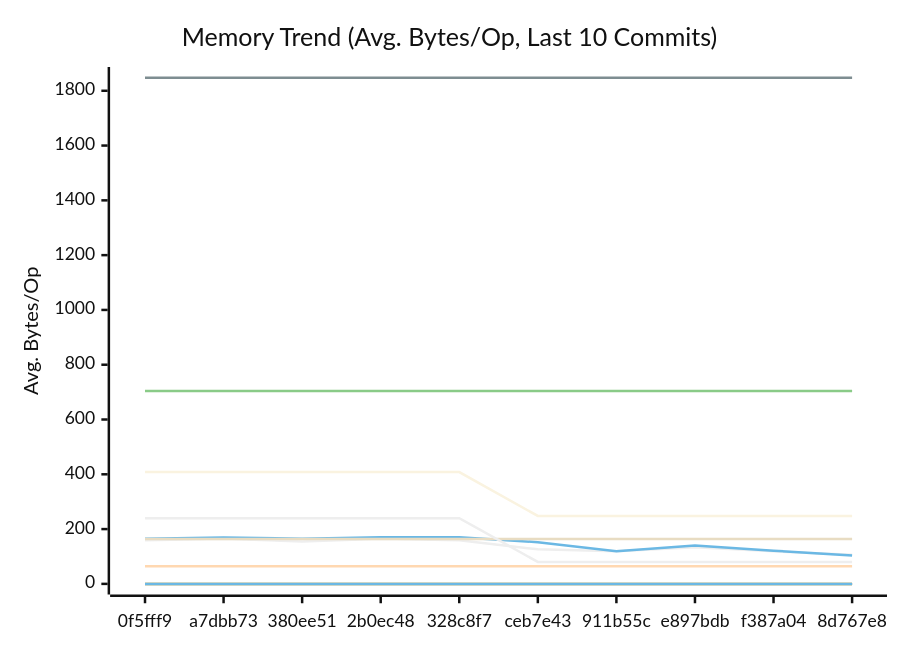
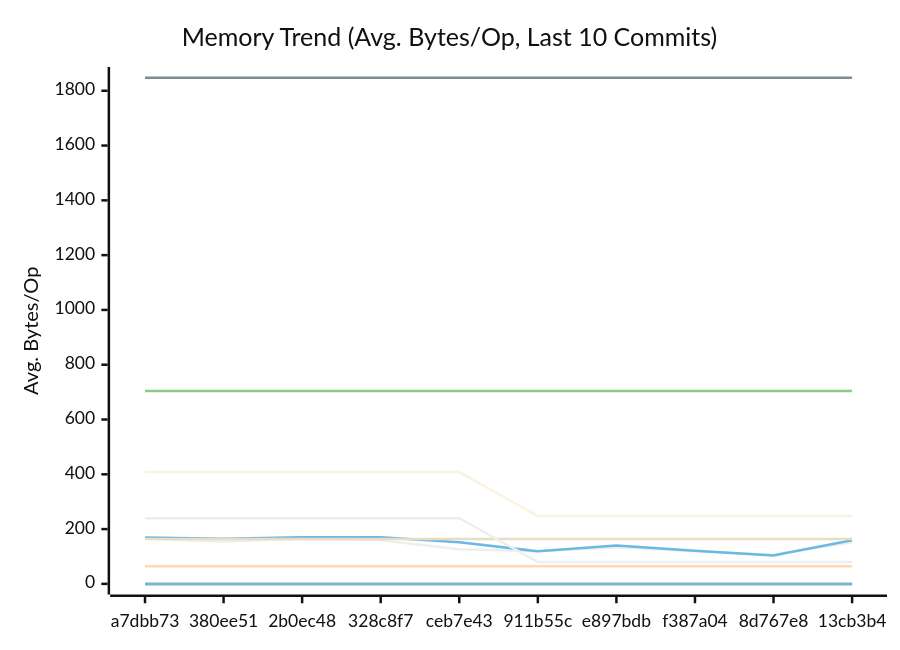
Before and after one commit to alsotoes/momo: the second of 3 diagrams in docs/PERFORMANCE.md, drawn with Mermaid (neutral theme). The commit also changed other lines of this file and 3 other files, not shown here.

````diff
--- a/docs/PERFORMANCE.md
+++ b/docs/PERFORMANCE.md
@@ -171,20 +171,20 @@
 ```mermaid
 xychart-beta
     title "Memory Trend (Avg. Bytes/Op, Last 10 Commits)"
     x-axis "Commit"
     y-axis "Avg. Bytes/Op"
-    x-axis [0f5fff9,a7dbb73,380ee51,2b0ec48,328c8f7,ceb7e43,911b55c,e897bdb,f387a04,8d767e8]
-    line "AWSChunkedReaderSigned" [159,165,155,165,159,126,119,134,119,106]
-    line "AWSChunkedReaderUnsigned" [165,169,165,170,170,152,119,140,121,104]
+    x-axis [a7dbb73,380ee51,2b0ec48,328c8f7,ceb7e43,911b55c,e897bdb,f387a04,8d767e8,13cb3b4]
+    line "AWSChunkedReaderSigned" [165,155,165,159,126,119,134,119,106,152]
+    line "AWSChunkedReaderUnsigned" [169,165,170,170,152,119,140,121,104,159]
     line "CheckMetricsAndSwap" [0,0,0,0,0,0,0,0,0,0]
     line "CrushOptimized" [0,0,0,0,0,0,0,0,0,0]
     line "CrushOriginal" [164,164,164,164,164,164,164,164,164,164]
     line "IndexDirectTracking" [0,0,0,0,0,0,0,0,0,0]
     line "IndexSearch" [0,0,0,0,0,0,0,0,0,0]
     line "LoadGlobalConfig" [1848,1848,1848,1848,1848,1848,1848,1848,1848,1848]
     line "PadString" [64,64,64,64,64,64,64,64,64,64]
     line "ParseReplicationOrder_NoPrealloc" [408,408,408,408,408,248,248,248,248,248]
     line "ParseReplicationOrder_Prealloc" [240,240,240,240,240,80,80,80,80,80]
     line "SanitizeLog/Safe" [0,0,0,0,0,0,0,0,0,0]
     line "SanitizeLog/Unsafe" [704,704,704,704,704,704,704,704,704,704]
 ```
````
